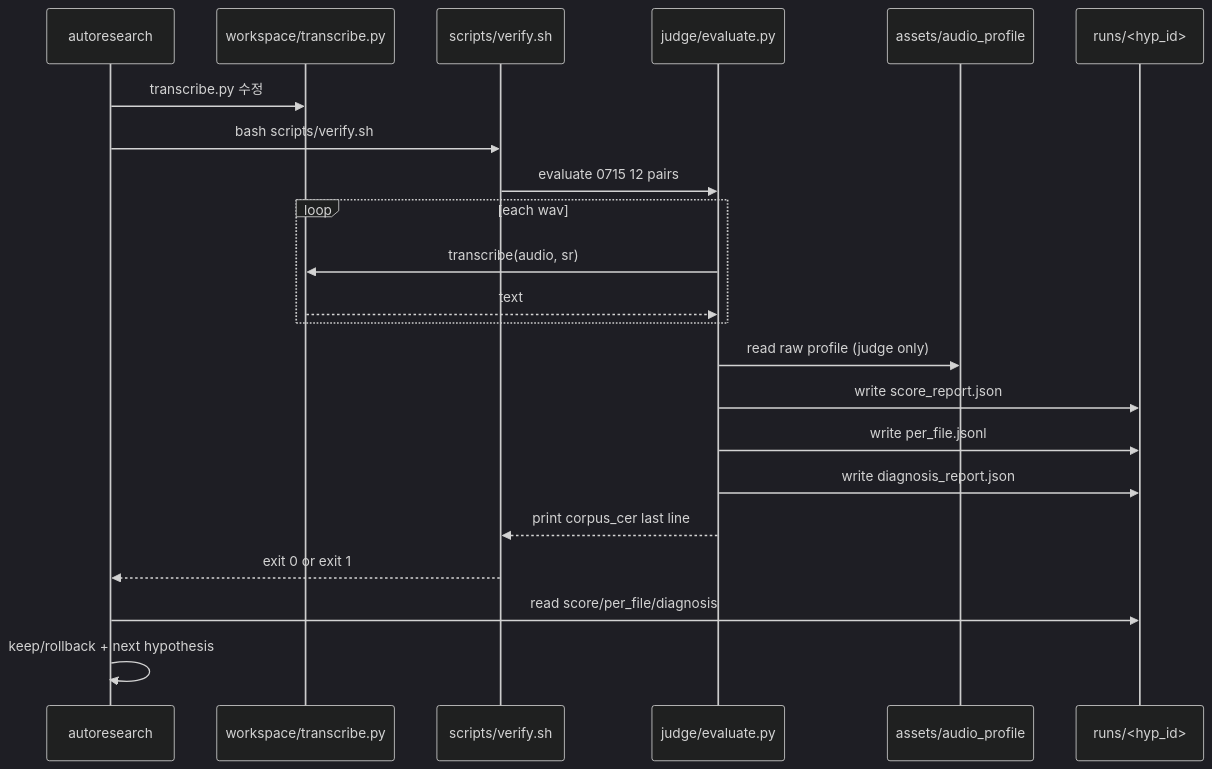
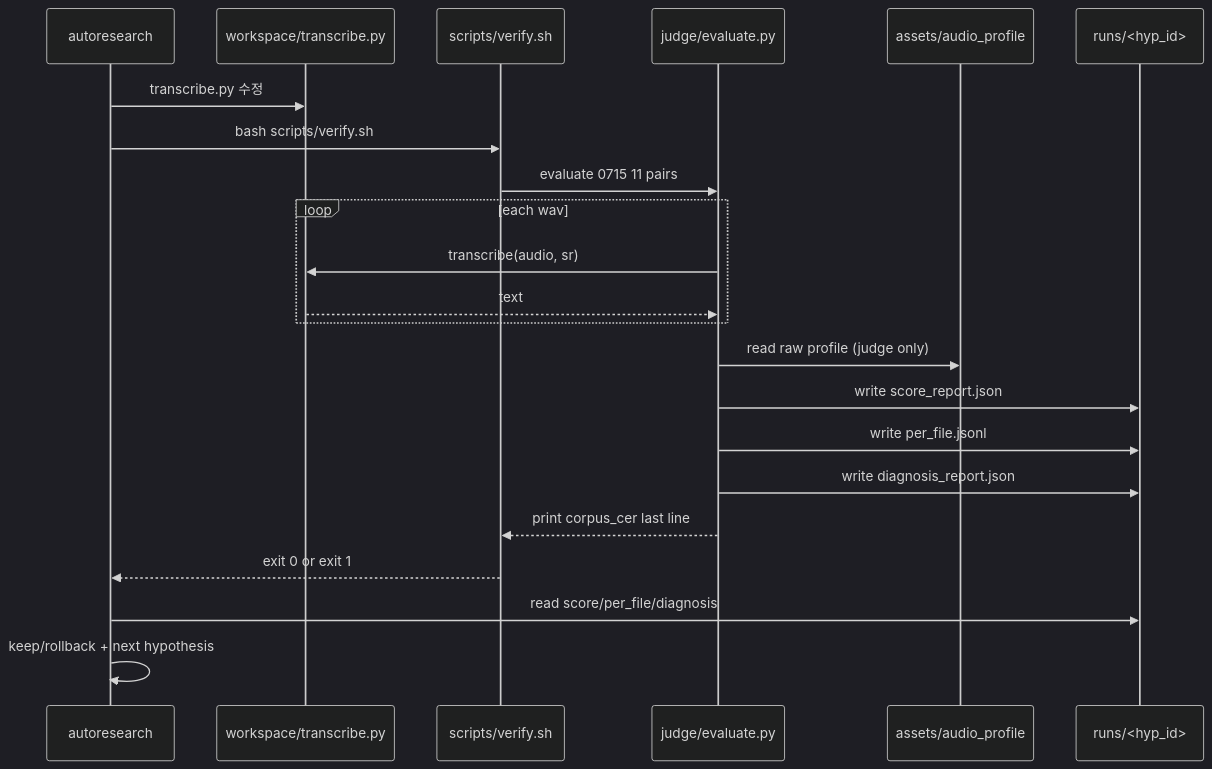
Before and after one commit to YuBeomGon/stt-pipe: the second of 3 diagrams in docs/PHASE3-LOOP.md, drawn with Mermaid (dark theme). The commit also changed other lines of this file and 17 other files, not shown here.

````diff
--- a/docs/PHASE3-LOOP.md
+++ b/docs/PHASE3-LOOP.md
@@ -47,25 +47,25 @@
 ```mermaid
 sequenceDiagram
     participant AR as autoresearch
     participant W as workspace/transcribe.py
     participant V as scripts/verify.sh
     participant J as judge/evaluate.py
     participant AP as assets/audio_profile
     participant R as runs/<hyp_id>
 
     AR->>W: transcribe.py 수정
     AR->>V: bash scripts/verify.sh
-    V->>J: evaluate 0715 12 pairs
+    V->>J: evaluate 0715 11 pairs
     loop each wav
         J->>W: transcribe(audio, sr)
         W-->>J: text
     end
     J->>AP: read raw profile (judge only)
     J->>R: write score_report.json
     J->>R: write per_file.jsonl
     J->>R: write diagnosis_report.json
     J-->>V: print corpus_cer last line
     V-->>AR: exit 0 or exit 1
     AR->>R: read score/per_file/diagnosis
     AR->>AR: keep/rollback + next hypothesis
 ```
````
